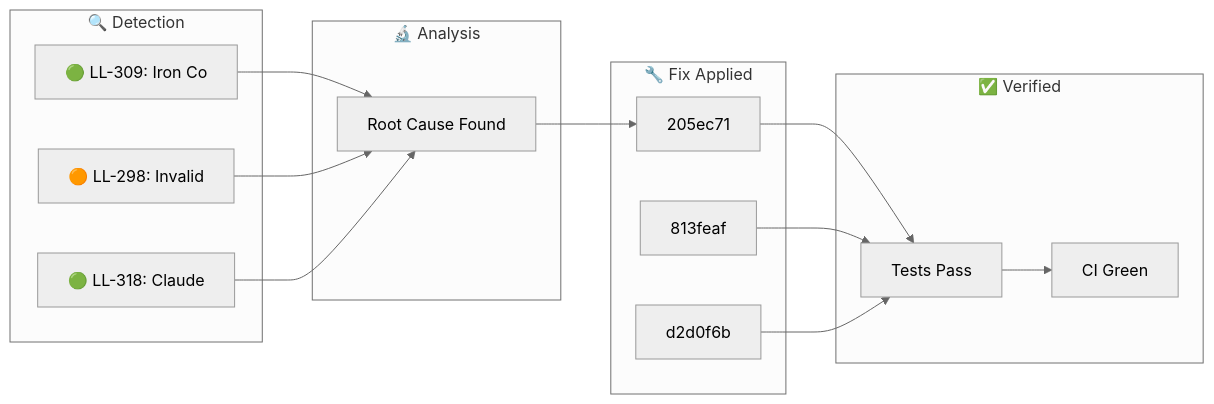
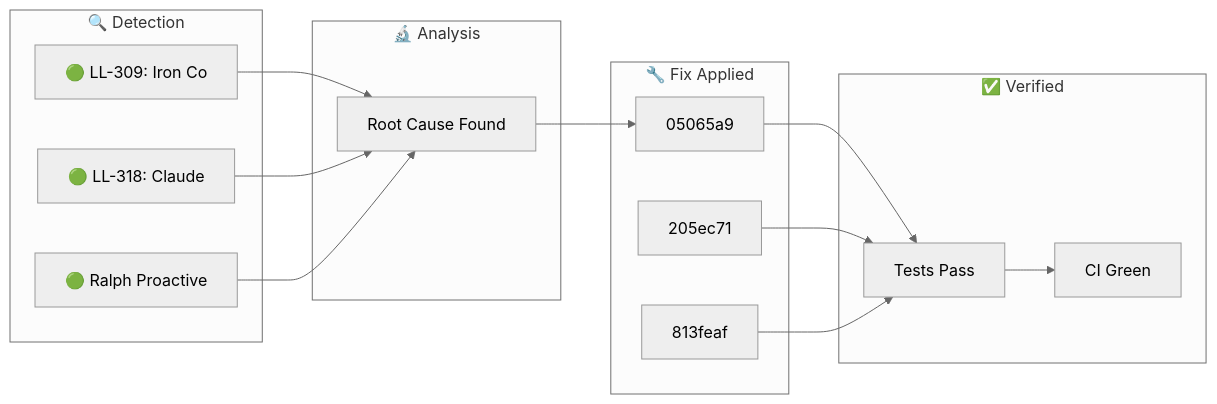
The diagram in docs/_posts/2026-02-01-ralph-discovery.md (YoByron/trading), drawn with Mermaid (neutral theme) before and after one commit. The commit also changed other lines of this file, not shown here.

Commit message:
docs(ralph): Auto-publish discovery blog post

````diff
--- a/docs/_posts/2026-02-01-ralph-discovery.md
+++ b/docs/_posts/2026-02-01-ralph-discovery.md
@@ -17,28 +17,28 @@
 ```mermaid
 flowchart LR
     subgraph Detection["🔍 Detection"]
         D1["🟢 LL-309: Iron Co"]
-        D2["🟠 LL-298: Invalid"]
-        D3["🟢 LL-318: Claude "]
+        D2["🟢 LL-318: Claude "]
+        D3["🟢 Ralph Proactive"]
     end
     subgraph Analysis["🔬 Analysis"]
         A1["Root Cause Found"]
     end
     subgraph Fix["🔧 Fix Applied"]
-        F1["205ec71"]
-        F2["813feaf"]
-        F3["d2d0f6b"]
+        F1["05065a9"]
+        F2["205ec71"]
+        F3["813feaf"]
     end
     subgraph Verify["✅ Verified"]
         V1["Tests Pass"]
         V2["CI Green"]
     end
     D1 --> A1
     D2 --> A1
     D3 --> A1
     A1 --> F1
     F1 --> V1
     F2 --> V1
     F3 --> V1
     V1 --> V2
 ```
````
